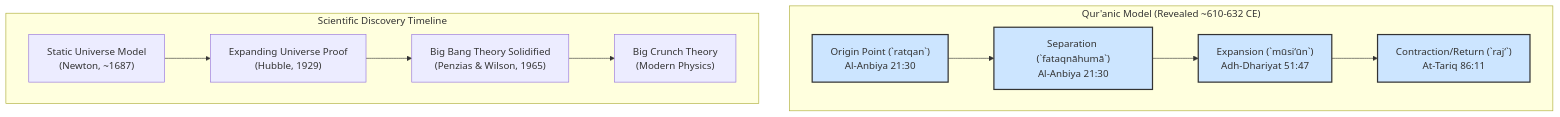
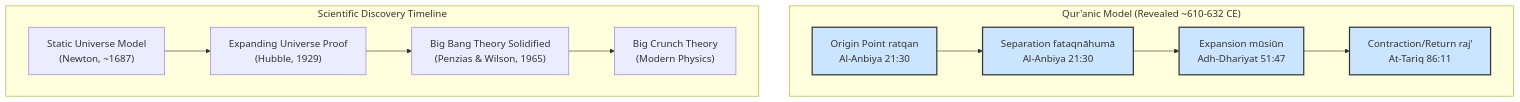
Before and after one commit to elevate0123/Insaan-aur-Aalam: the second of 2 diagrams in Why accept religion Minhaj Exam.md, drawn with Mermaid. The commit also changed 4 other files, not shown here.

````diff
--- a/Why accept religion Minhaj Exam.md
+++ b/Why accept religion Minhaj Exam.md
@@ -277,19 +277,19 @@
 ```mermaid
 graph TD
     subgraph "Qur'anic Model (Revealed ~610-632 CE)"
-        A["Origin Point (`ratqan`)<br>Al-Anbiya 21:30"] --> B["Separation (`fataqnāhumā`)<br>Al-Anbiya 21:30"]
-        B --> C["Expansion (`mūsi‘ūn`)<br>Adh-Dhariyat 51:47"]
-        C --> D["Contraction/Return (`raj‘`)<br>At-Tariq 86:11"]
+        A[Origin Point ratqan<br>Al-Anbiya 21:30] --> B[Separation fataqnāhumā<br>Al-Anbiya 21:30]
+        B --> C[Expansion mūsiūn<br>Adh-Dhariyat 51:47]
+        C --> D[Contraction/Return raj‘<br>At-Tariq 86:11]
     end
 
     subgraph "Scientific Discovery Timeline"
         W["Static Universe Model<br>(Newton, ~1687)"] --> X["Expanding Universe Proof<br>(Hubble, 1929)"]
         X --> Y["Big Bang Theory Solidified<br>(Penzias & Wilson, 1965)"]
         Y --> Z["Big Crunch Theory<br>(Modern Physics)"]
     end
 
     style A fill:#cce5ff,stroke:#333,stroke-width:2px
     style B fill:#cce5ff,stroke:#333,stroke-width:2px
     style C fill:#cce5ff,stroke:#333,stroke-width:2px
     style D fill:#cce5ff,stroke:#333,stroke-width:2px
 ```
````
